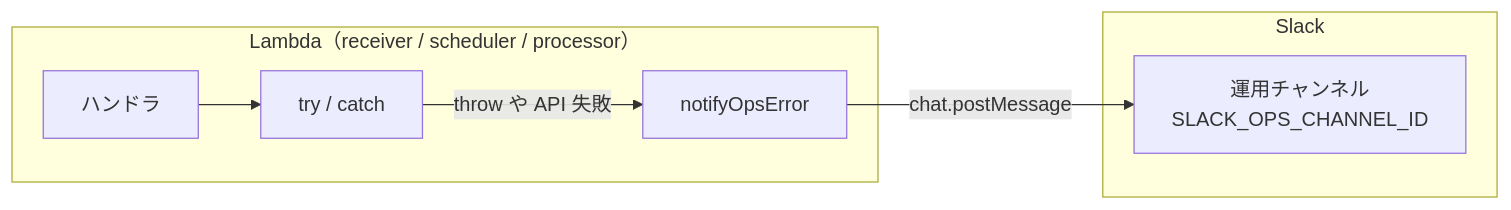
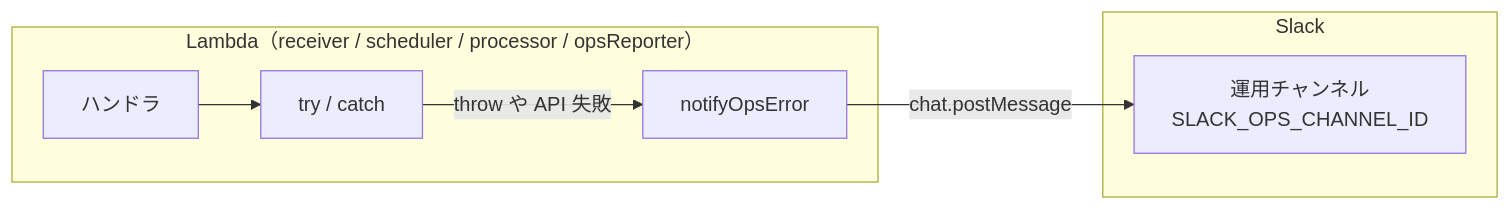
One commit to YoshimuraKoei/koei-clone changed the eighth of 10 diagrams in ARCHITECTURE.md. Above: the diagram before and after it, drawn with Mermaid. The commit also changed other lines of this file and 12 other files, not shown here.

````diff
--- a/ARCHITECTURE.md
+++ b/ARCHITECTURE.md
@@ -161,14 +188,14 @@
 ```mermaid
 flowchart LR
-  subgraph fn["Lambda（receiver / scheduler / processor）"]
+  subgraph fn["Lambda（receiver / scheduler / processor / opsReporter）"]
     A[ハンドラ]
     B[try / catch]
     N["notifyOpsError"]
   end
   subgraph slack["Slack"]
     CH["運用チャンネル<br/>SLACK_OPS_CHANNEL_ID"]
   end
   A --> B
   B -->|"throw や API 失敗"| N
   N -->|"chat.postMessage"| CH
 ```
````
